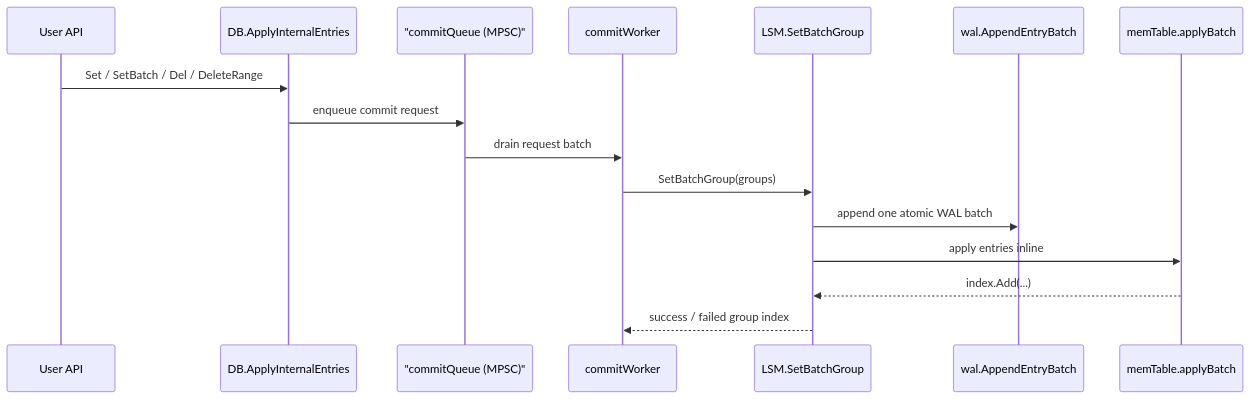
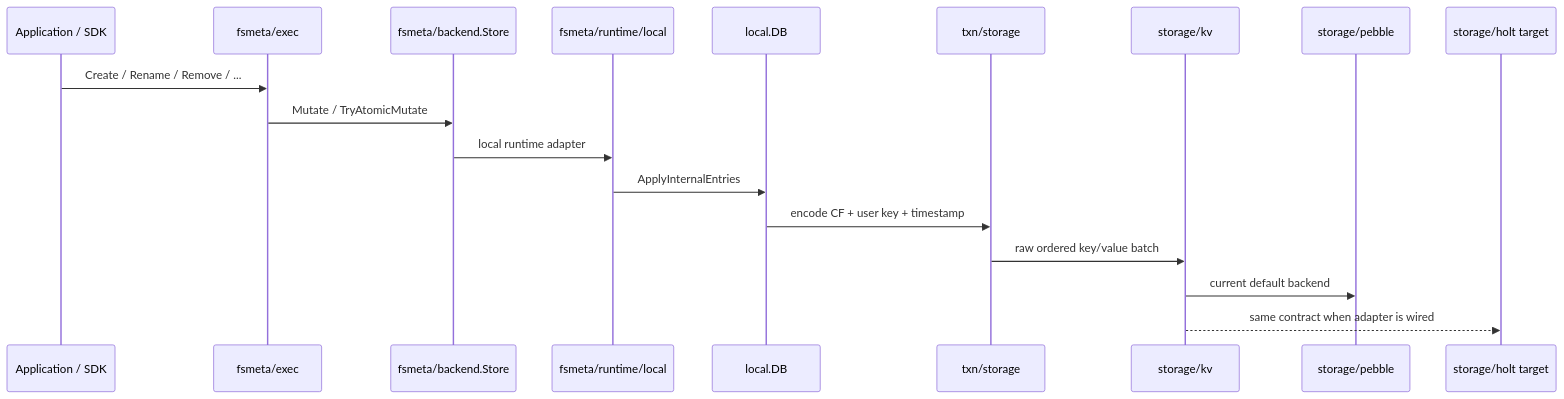
Before and after one commit to feichai0017/NoKV: the first of 2 diagrams in docs/guide/runtime.md, drawn with Mermaid. The commit also changed other lines of this file and 144 other files, not shown here.

Commit message:
refactor: simplify metadata storage backend layers

````diff
--- a/docs/guide/runtime.md
+++ b/docs/guide/runtime.md
@@ -27,18 +16,21 @@
 ```mermaid
 sequenceDiagram
-    participant U as User API
-    participant DB as DB.ApplyInternalEntries
-    participant Q as "commitQueue (MPSC)"
-    participant W as commitWorker
-    participant L as LSM.SetBatchGroup
-    participant WAL as wal.AppendEntryBatch
-    participant M as memTable.applyBatch
-    U->>DB: Set / SetBatch / Del / DeleteRange
-    DB->>Q: enqueue commit request
-    Q->>W: drain request batch
-    W->>L: SetBatchGroup(groups)
-    L->>WAL: append one atomic WAL batch
-    L->>M: apply entries inline
-    M-->>L: index.Add(...)
-    L-->>W: success / failed group index
+    participant App as Application / SDK
+    participant Exec as fsmeta/exec
+    participant Backend as fsmeta/backend.Store
+    participant Local as fsmeta/runtime/local
+    participant DB as local.DB
+    participant MVCC as txn/storage
+    participant Raw as storage/kv
+    participant Pebble as storage/pebble
+    participant Holt as storage/holt target
+
+    App->>Exec: Create / Rename / Remove / ...
+    Exec->>Backend: Mutate / TryAtomicMutate
+    Backend->>Local: local runtime adapter
+    Local->>DB: ApplyInternalEntries
+    DB->>MVCC: encode CF + user key + timestamp
+    MVCC->>Raw: raw ordered key/value batch
+    Raw->>Pebble: current default backend
+    Raw-->>Holt: same contract when adapter is wired
 ```
````
